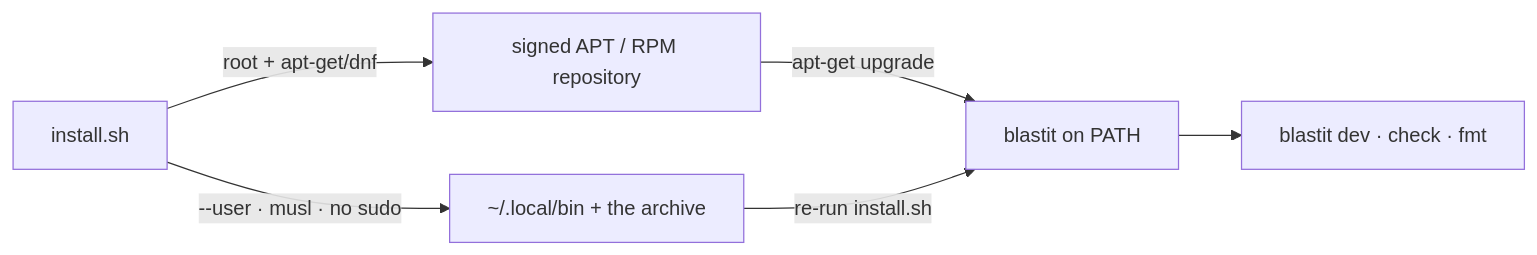
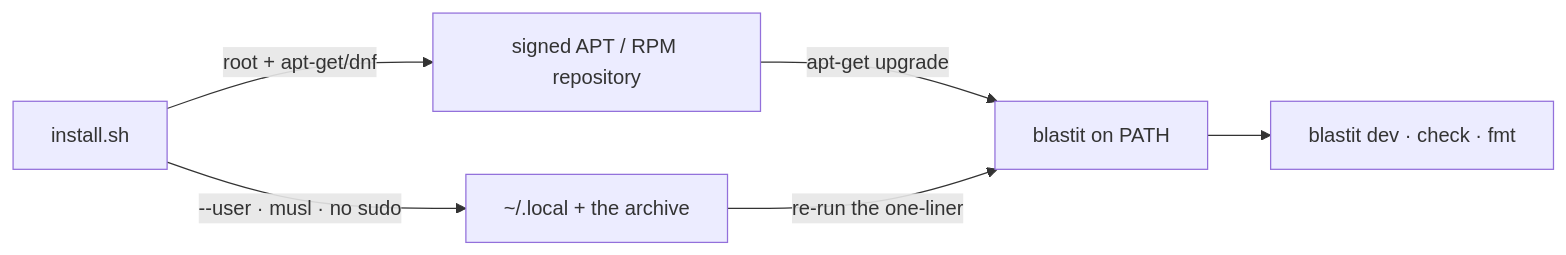
The diagram in docs/install.md (OffworldNexus/blastit), drawn with Mermaid before and after one commit. The commit also changed other lines of this file and 124 other files, not shown here.

````diff
--- a/docs/install.md
+++ b/docs/install.md
@@ -18,8 +17,8 @@
 ```mermaid
 flowchart LR
     sh["install.sh"] -- "root + apt-get/dnf" --> repo["signed APT / RPM repository"]
-    sh -- "--user · musl · no sudo" --> home["~/.local/bin + the archive"]
+    sh -- "--user · musl · no sudo" --> home["~/.local + the archive"]
     repo -- "apt-get upgrade" --> bin["blastit on PATH"]
-    home -- "re-run install.sh" --> bin
+    home -- "re-run the one-liner" --> bin
     bin --> dev["blastit dev · check · fmt"]
 ```
````
